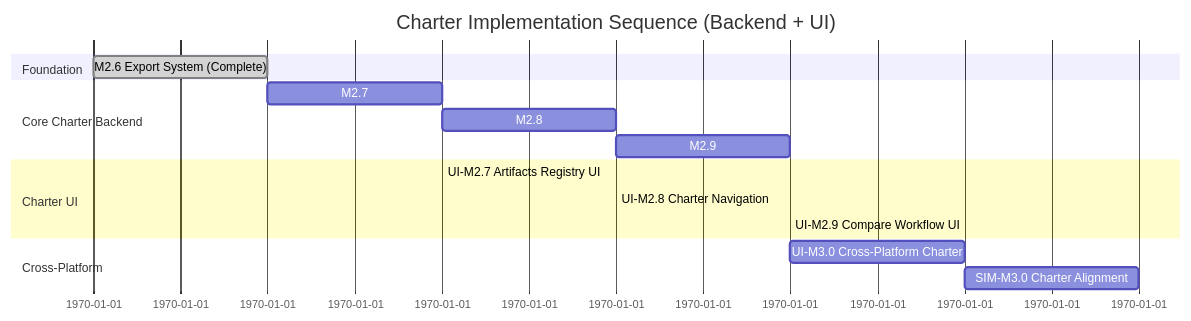
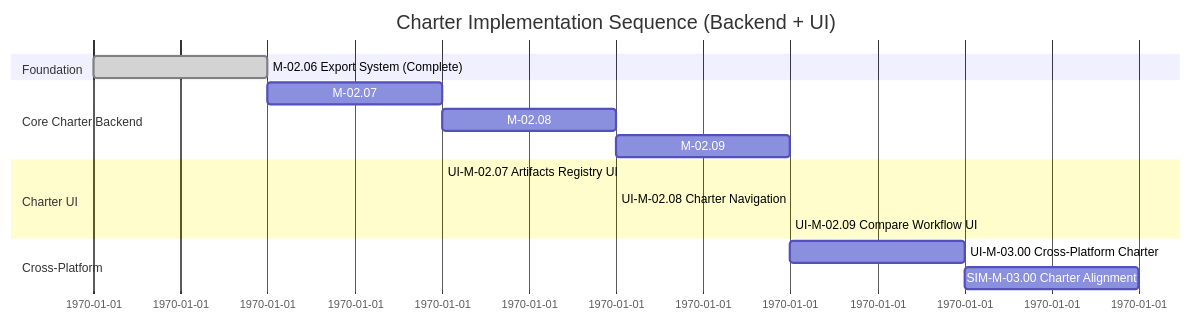
Before and after one commit to 23min/FlowTime: the diagram in docs/archive/CHARTER-ROADMAP.md, drawn with Mermaid. The commit also changed other lines of this file and 138 other files, not shown here.

````diff
--- a/docs/archive/CHARTER-ROADMAP.md
+++ b/docs/archive/CHARTER-ROADMAP.md
@@ -212,21 +212,21 @@
 ```mermaid
 gantt
     title Charter Implementation Sequence (Backend + UI)
     dateFormat  X
     section Foundation
-    M2.6 Export System (Complete)    :done, m26, 0, 1
+    M-02.06 Export System (Complete)    :done, m26, 0, 1
     
     section Core Charter Backend
-    M2.7                             :m27, after m26, 2
-    M2.8                             :m28, after m27, 3  
-    M2.9                             :m29, after m28, 4
+    M-02.07                             :m27, after m26, 2
+    M-02.08                             :m28, after m27, 3  
+    M-02.09                             :m29, after m28, 4
     
     section Charter UI
-    UI-M2.7 Artifacts Registry UI    :ui27, after m27, 2
-    UI-M2.8 Charter Navigation       :ui28, after m28, 3
-    UI-M2.9 Compare Workflow UI      :ui29, after m29, 4
+    UI-M-02.07 Artifacts Registry UI    :ui27, after m27, 2
+    UI-M-02.08 Charter Navigation       :ui28, after m28, 3
+    UI-M-02.09 Compare Workflow UI      :ui29, after m29, 4
     
     section Cross-Platform
-    UI-M3.0 Cross-Platform Charter   :ui30, after ui29, 5
-    SIM-M3.0 Charter Alignment       :sim30, after ui30, 6
+    UI-M-03.00 Cross-Platform Charter   :ui30, after ui29, 5
+    SIM-M-03.00 Charter Alignment       :sim30, after ui30, 6
 ```
````
